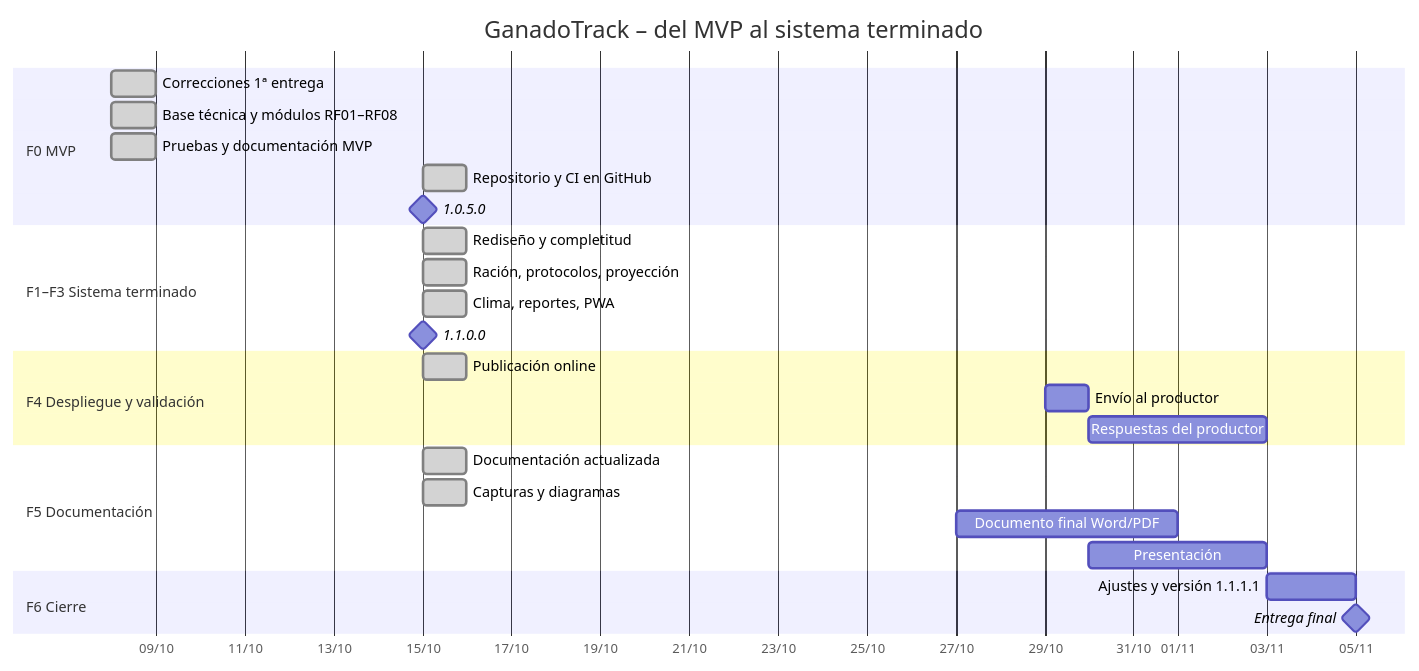
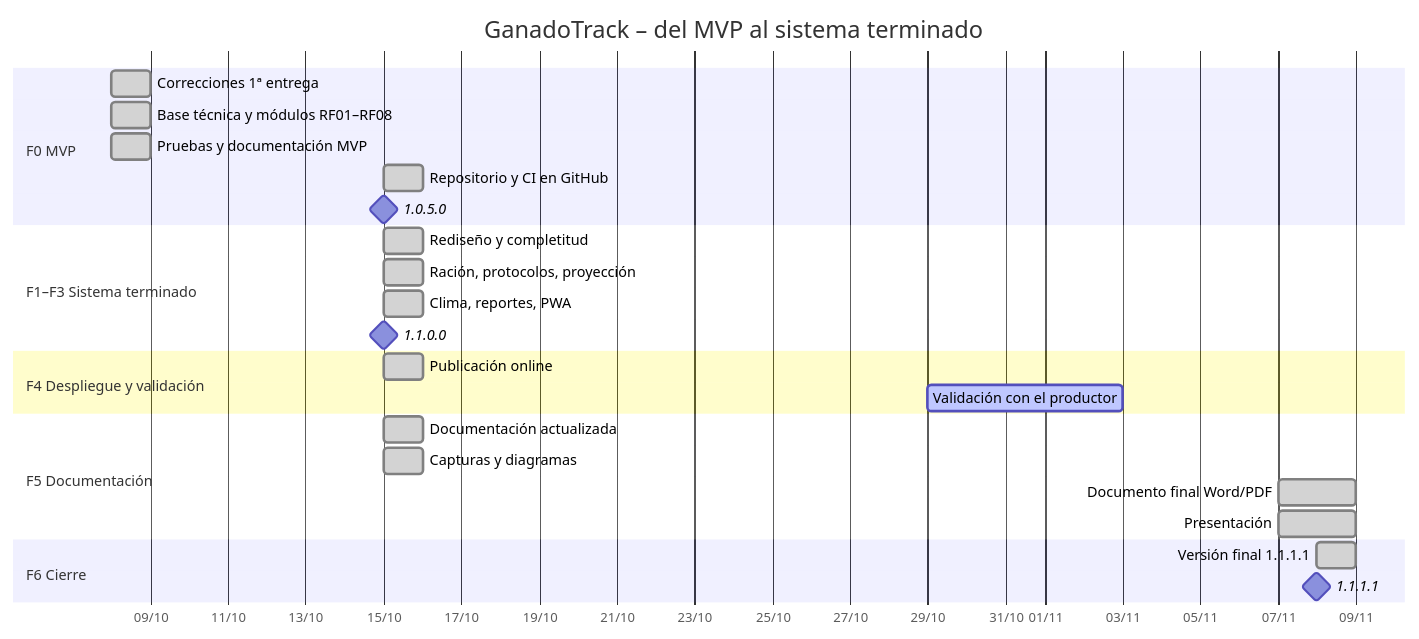
Before and after one commit to mateogit114730/ganadotrack: the diagram in docs/entrega2/14-cronograma.md, drawn with Mermaid. The commit also changed other lines of this file and 21 other files, not shown here.

Commit message:
#15 - Documentación final: secciones 1–12 integradas con las correcciones, módulos implementados, anexos de relevamiento y correcciones, procesos BPMN ampliados y nuevos, columna Observaciones en los casos de prueba, validación interna y estados finales

````diff
--- a/docs/entrega2/14-cronograma.md
+++ b/docs/entrega2/14-cronograma.md
@@ -59,34 +59,33 @@
 ```mermaid
 gantt
   title GanadoTrack – del MVP al sistema terminado
   dateFormat YYYY-MM-DD
   axisFormat %d/%m
 
   section F0 MVP
   Correcciones 1ª entrega          :done, t1, 2026-10-08, 1d
   Base técnica y módulos RF01–RF08 :done, t3, 2026-10-08, 1d
   Pruebas y documentación MVP      :done, t13, 2026-10-08, 1d
   Repositorio y CI en GitHub       :done, t2, 2026-10-15, 1d
   1.0.5.0                          :milestone, m0, 2026-10-15, 0d
 
   section F1–F3 Sistema terminado
   Rediseño y completitud           :done, t18, 2026-10-15, 1d
   Ración, protocolos, proyección   :done, t20, 2026-10-15, 1d
   Clima, reportes, PWA             :done, t23, 2026-10-15, 1d
   1.1.0.0                          :milestone, m3, 2026-10-15, 0d
 
   section F4 Despliegue y validación
   Publicación online               :done, t16, 2026-10-15, 1d
-  Envío al productor               :t14a, 2026-10-29, 1d
-  Respuestas del productor         :t14b, 2026-10-30, 4d
+  Validación con el productor      :active, t14, 2026-10-29, 5d
 
   section F5 Documentación
   Documentación actualizada        :done, t15, 2026-10-15, 1d
   Capturas y diagramas             :done, t28, 2026-10-15, 1d
-  Documento final Word/PDF         :t27, 2026-10-27, 5d
-  Presentación                     :t17, 2026-10-30, 4d
+  Documento final Word/PDF         :done, t27, 2026-11-07, 2d
+  Presentación                     :done, t17, 2026-11-07, 2d
 
   section F6 Cierre
-  Ajustes y versión 1.1.1.1        :t29, 2026-11-03, 2d
-  Entrega final                    :milestone, m6, 2026-11-05, 0d
+  Versión final 1.1.1.1            :done, t29, 2026-11-08, 1d
+  1.1.1.1                          :milestone, m6, 2026-11-08, 0d
 ```
````
